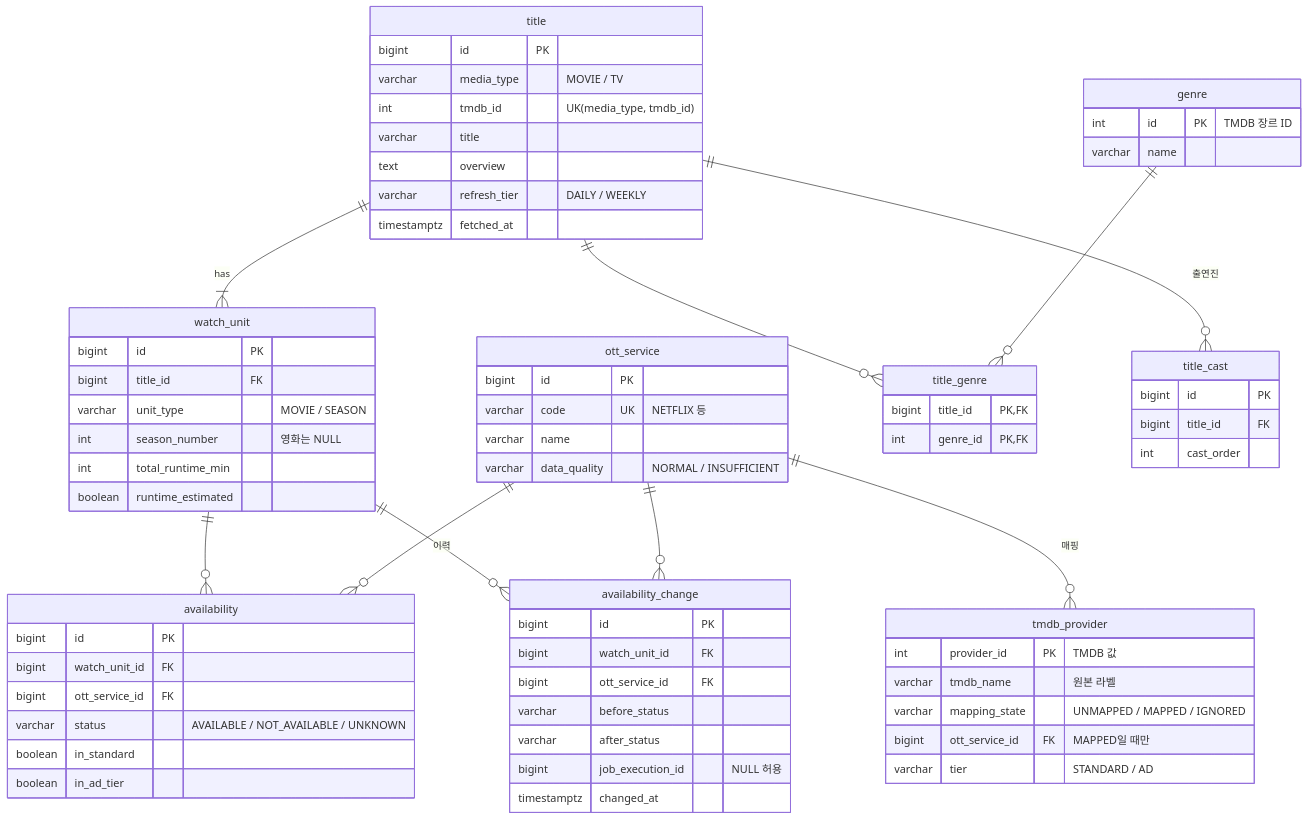
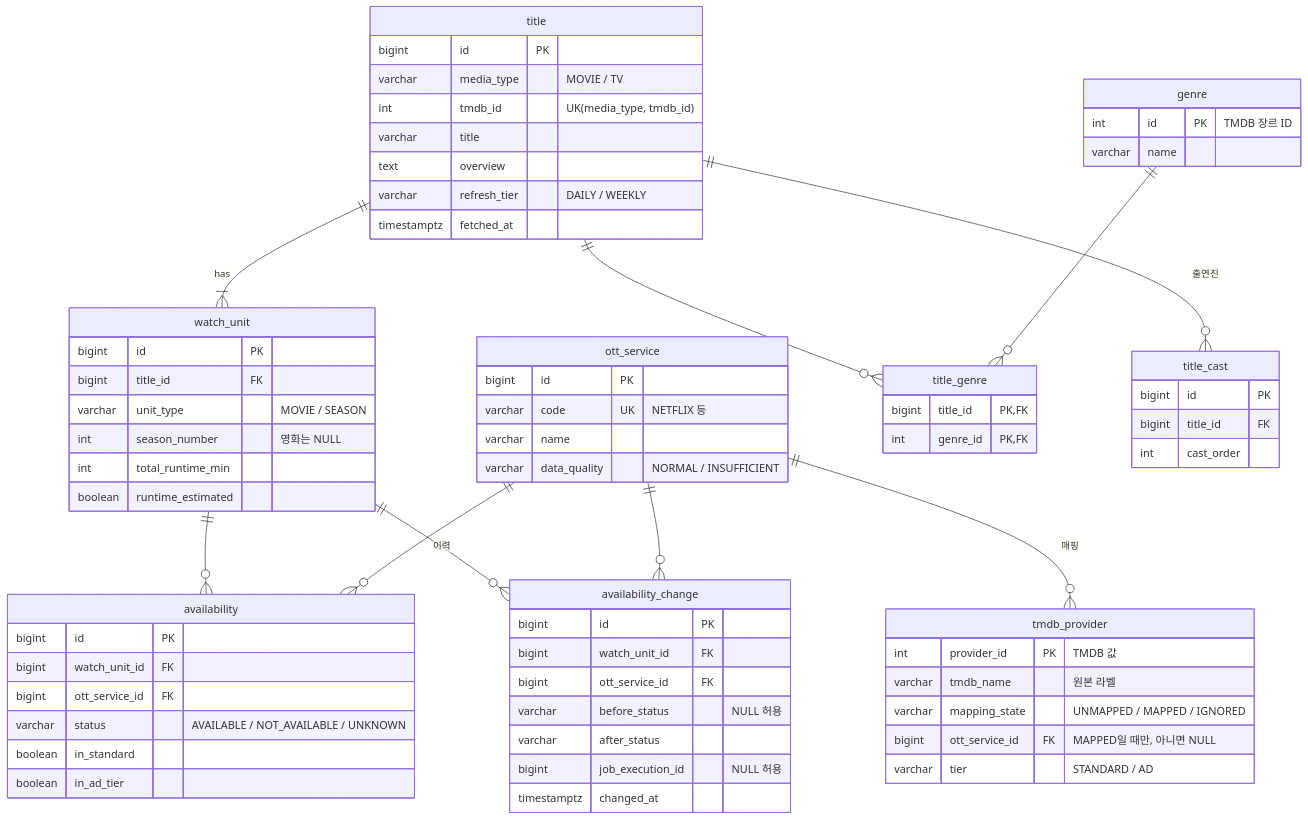
One commit to msw-Hub/ottnavi changed the second of 5 diagrams in docs/ERD.md. Above: the diagram before and after it, drawn with Mermaid. The commit also changed other lines of this file and 1 other file, not shown here.

Commit message:
docs: 코드래빗 지적 반영(ERD 연결도 NULL 표기 보강, 안내서 validate 설명 정정)
연결도의 before_status와 ott_service_id에 NULL 허용 표기를 추가하고 연결도는 요약이며 정본은 상세 표라고 규약에 밝힌다. 033 안내서의 validate 설명이 기존 OttService 엔티티를 빼먹은 오류를 고친다.

````diff
--- a/docs/ERD.md
+++ b/docs/ERD.md
@@ -40,72 +40,72 @@
 ```mermaid
 erDiagram
   ott_service ||--o{ tmdb_provider : "매핑"
   title ||--|{ watch_unit : "has"
   title ||--o{ title_genre : ""
   genre ||--o{ title_genre : ""
   title ||--o{ title_cast : "출연진"
   watch_unit ||--o{ availability : ""
   ott_service ||--o{ availability : ""
   watch_unit ||--o{ availability_change : "이력"
   ott_service ||--o{ availability_change : ""
   ott_service {
     bigint id PK
     varchar code UK "NETFLIX 등"
     varchar name
     varchar data_quality "NORMAL / INSUFFICIENT"
   }
   tmdb_provider {
     int provider_id PK "TMDB 값"
     varchar tmdb_name "원본 라벨"
     varchar mapping_state "UNMAPPED / MAPPED / IGNORED"
-    bigint ott_service_id FK "MAPPED일 때만"
+    bigint ott_service_id FK "MAPPED일 때만, 아니면 NULL"
     varchar tier "STANDARD / AD"
   }
   title {
     bigint id PK
     varchar media_type "MOVIE / TV"
     int tmdb_id "UK(media_type, tmdb_id)"
     varchar title
     text overview
     varchar refresh_tier "DAILY / WEEKLY"
     timestamptz fetched_at
   }
   watch_unit {
     bigint id PK
     bigint title_id FK
     varchar unit_type "MOVIE / SEASON"
     int season_number "영화는 NULL"
     int total_runtime_min
     boolean runtime_estimated
   }
   availability {
     bigint id PK
     bigint watch_unit_id FK
     bigint ott_service_id FK
     varchar status "AVAILABLE / NOT_AVAILABLE / UNKNOWN"
     boolean in_standard
     boolean in_ad_tier
   }
   availability_change {
     bigint id PK
     bigint watch_unit_id FK
     bigint ott_service_id FK
-    varchar before_status
+    varchar before_status "NULL 허용"
     varchar after_status
     bigint job_execution_id "NULL 허용"
     timestamptz changed_at
   }
   genre {
     int id PK "TMDB 장르 ID"
     varchar name
   }
   title_genre {
     bigint title_id PK, FK
     int genre_id PK, FK
   }
   title_cast {
     bigint id PK
     bigint title_id FK
     int cast_order
   }
 ```
````
